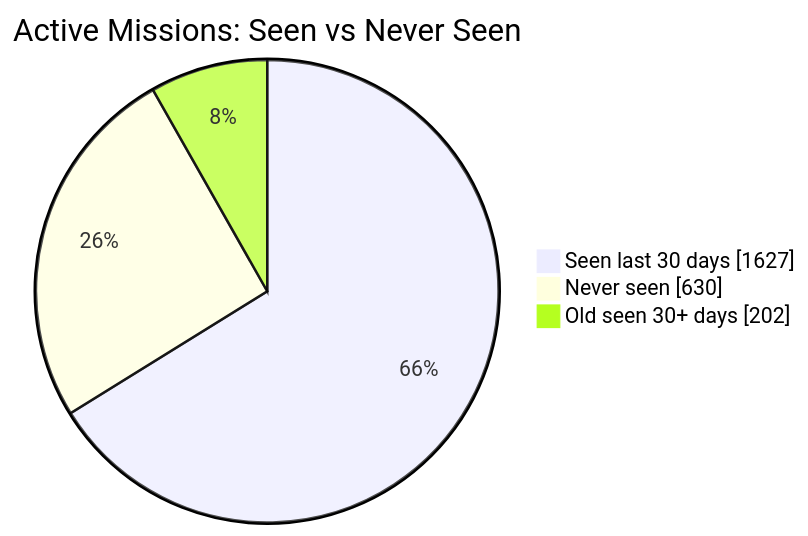
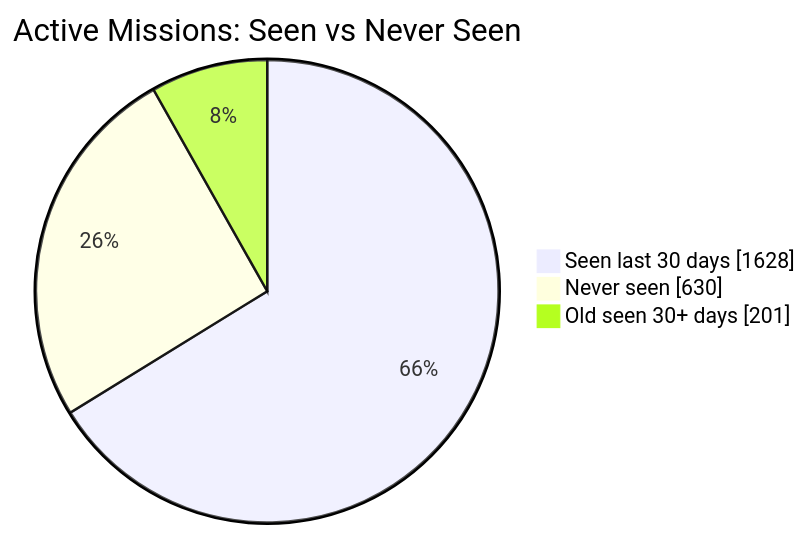
The first of 2 diagrams in README.md (MeldkamerspelGameTeam/active-missions), drawn with Mermaid before and after one commit. The commit also changed other lines of this file and 2 other files, not shown here.

````diff
--- a/README.md
+++ b/README.md
@@ -34,7 +34,7 @@
 ```mermaid
 pie showData
     title Active Missions: Seen vs Never Seen
-    "Seen last 30 days" : 1627
+    "Seen last 30 days" : 1628
     "Never seen" : 630
-    "Old seen 30+ days" : 202
+    "Old seen 30+ days" : 201
 ```
````
